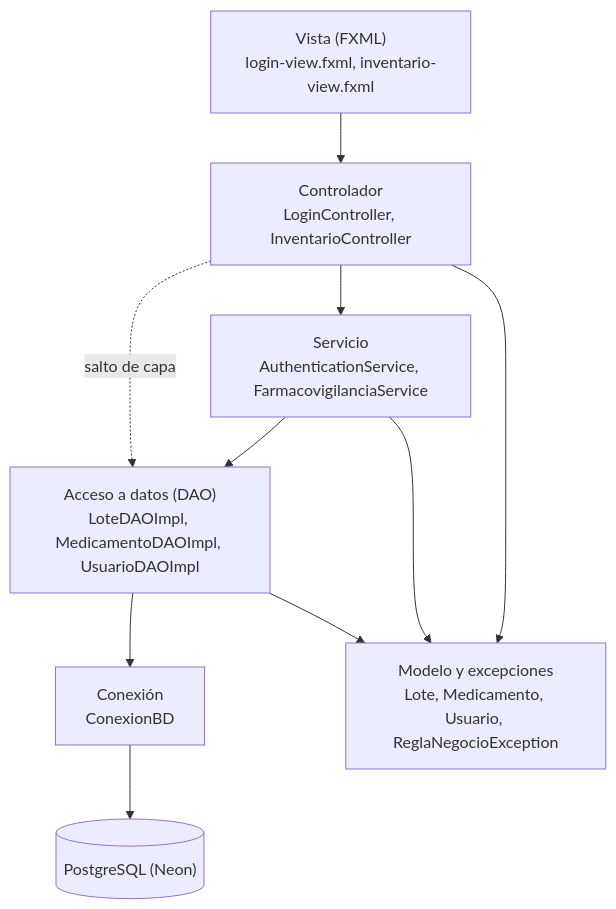
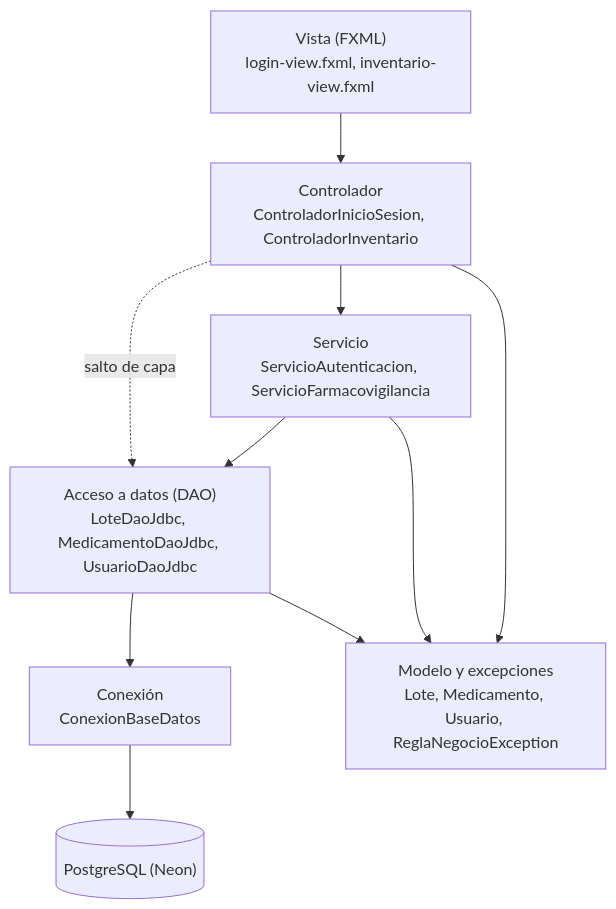
Before and after one commit to puj-course/FIS_2630_1204_G1: the first of 2 diagrams in docs/architecture/design/HU-80-arquitectura-por-capas.md, drawn with Mermaid. The commit also changed other lines of this file and 121 other files, not shown here.

````diff
--- a/docs/architecture/design/HU-80-arquitectura-por-capas.md
+++ b/docs/architecture/design/HU-80-arquitectura-por-capas.md
@@ -19,19 +19,19 @@
 ```mermaid
 flowchart TB
     V["Vista (FXML)<br/>login-view.fxml, inventario-view.fxml"]
-    C["Controlador<br/>LoginController, InventarioController"]
-    S["Servicio<br/>AuthenticationService, FarmacovigilanciaService"]
-    D["Acceso a datos (DAO)<br/>LoteDAOImpl, MedicamentoDAOImpl, UsuarioDAOImpl"]
-    K["Conexión<br/>ConexionBD"]
+    C["Controlador<br/>ControladorInicioSesion, ControladorInventario"]
+    S["Servicio<br/>ServicioAutenticacion, ServicioFarmacovigilancia"]
+    D["Acceso a datos (DAO)<br/>LoteDaoJdbc, MedicamentoDaoJdbc, UsuarioDaoJdbc"]
+    K["Conexión<br/>ConexionBaseDatos"]
     B[("PostgreSQL (Neon)")]
     M["Modelo y excepciones<br/>Lote, Medicamento, Usuario, ReglaNegocioException"]
     V --> C
     C --> S
     S --> D
     C -. "salto de capa" .-> D
     D --> K
     K --> B
     C --> M
     S --> M
     D --> M
 ```
````
